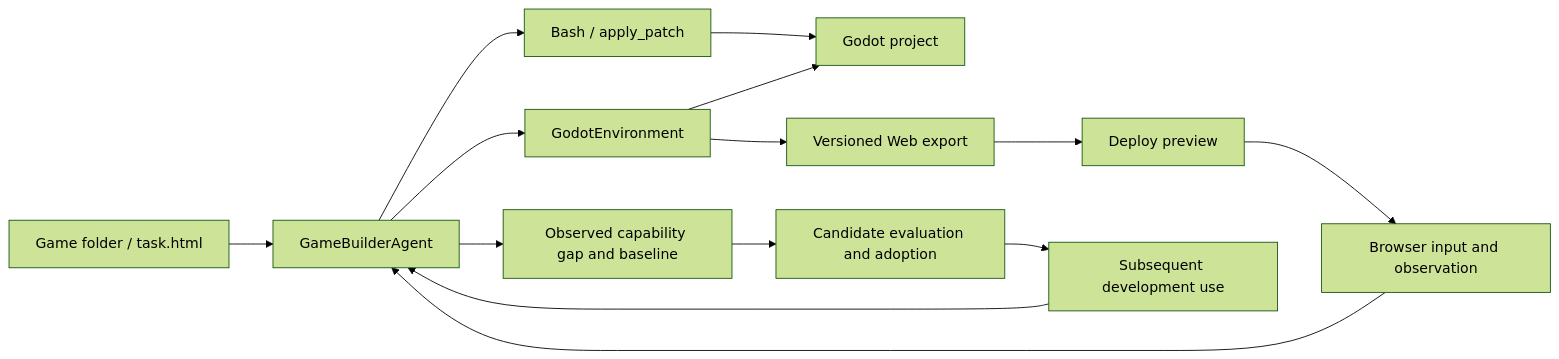
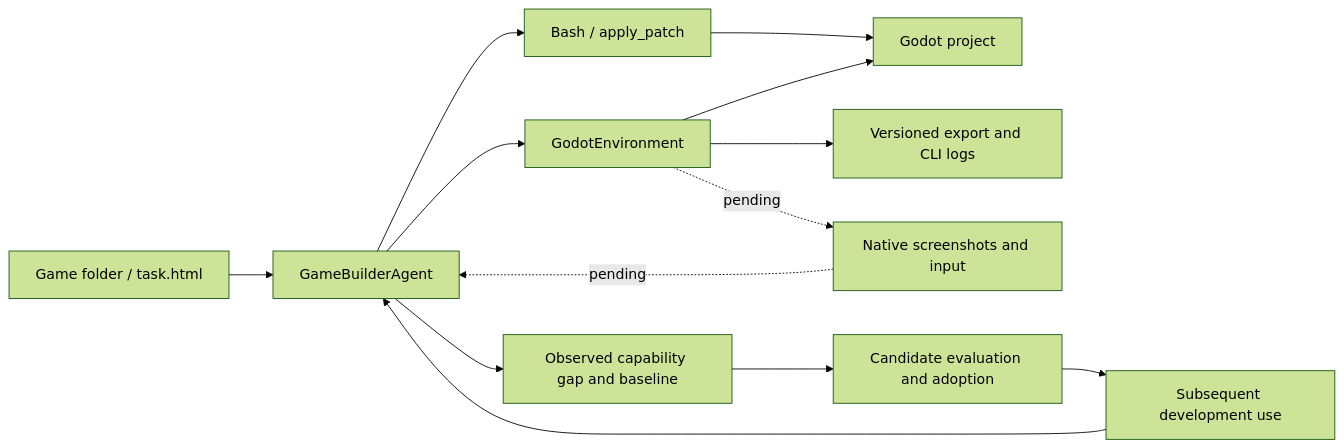
One commit to DVampire/AgentEvolver changed the diagram in examples/tasks/game_development/README.md. Above: the diagram before and after it, drawn with Mermaid (forest theme). The commit also changed other lines of this file and 8 other files, not shown here.

````diff
--- a/examples/tasks/game_development/README.md
+++ b/examples/tasks/game_development/README.md
@@ -131,16 +131,15 @@
 ```mermaid
 flowchart LR
     T[Game folder / task.html] --> A[GameBuilderAgent]
     A --> W[Bash / apply_patch]
     W --> P[Godot project]
     A --> E[GodotEnvironment]
     E --> P
-    E --> X[Versioned Web export]
-    X --> D[Deploy preview]
-    D --> B[Browser input and observation]
-    B --> A
+    E --> X[Versioned export and CLI logs]
+    E -. pending .-> N[Native screenshots and input]
+    N -. pending .-> A
     A --> G[Observed capability gap and baseline]
     G --> C[Candidate evaluation and adoption]
     C --> U[Subsequent development use]
     U --> A
 ```
````
